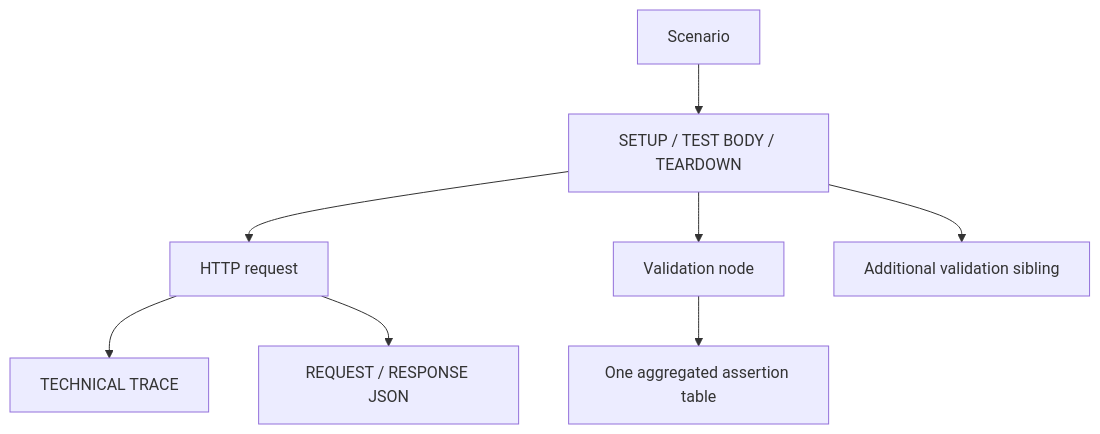
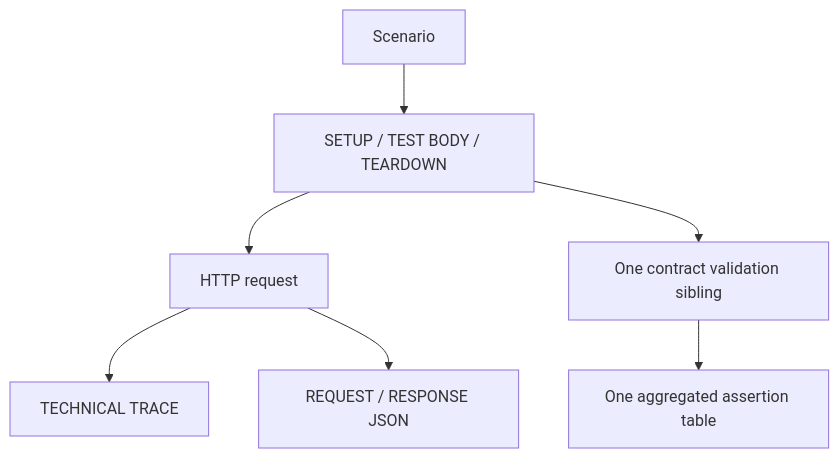
One commit to crististefanita/CS1 changed the second of 2 diagrams in docs/ATF_Quality_Assessment.md. Above: the diagram before and after it, drawn with Mermaid. The commit also changed other lines of this file and 128 other files, not shown here.

Commit message:
Refactor ATF reporting and expand test architecture

````diff
--- a/docs/ATF_Quality_Assessment.md
+++ b/docs/ATF_Quality_Assessment.md
@@ -54,10 +59,9 @@
 ```mermaid
 flowchart TD
     Scenario --> Phase[SETUP / TEST BODY / TEARDOWN]
     Phase --> Request[HTTP request]
     Request --> Trace[TECHNICAL TRACE]
     Request --> Json[REQUEST / RESPONSE JSON]
-    Phase --> Validation[Validation node]
+    Phase --> Validation[One contract validation sibling]
     Validation --> Table[One aggregated assertion table]
-    Phase --> More[Additional validation sibling]
 ```
````
